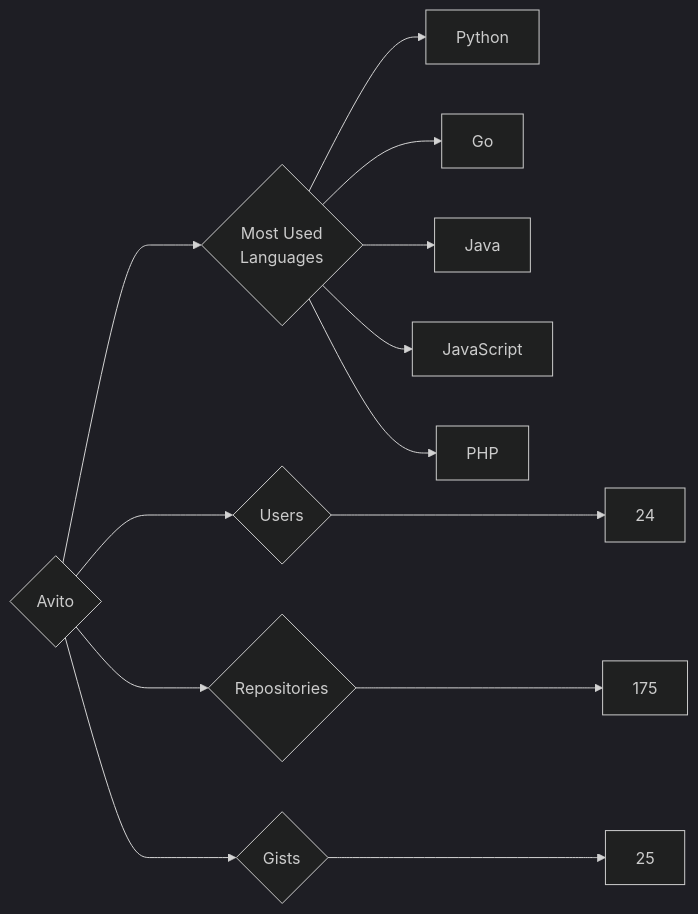
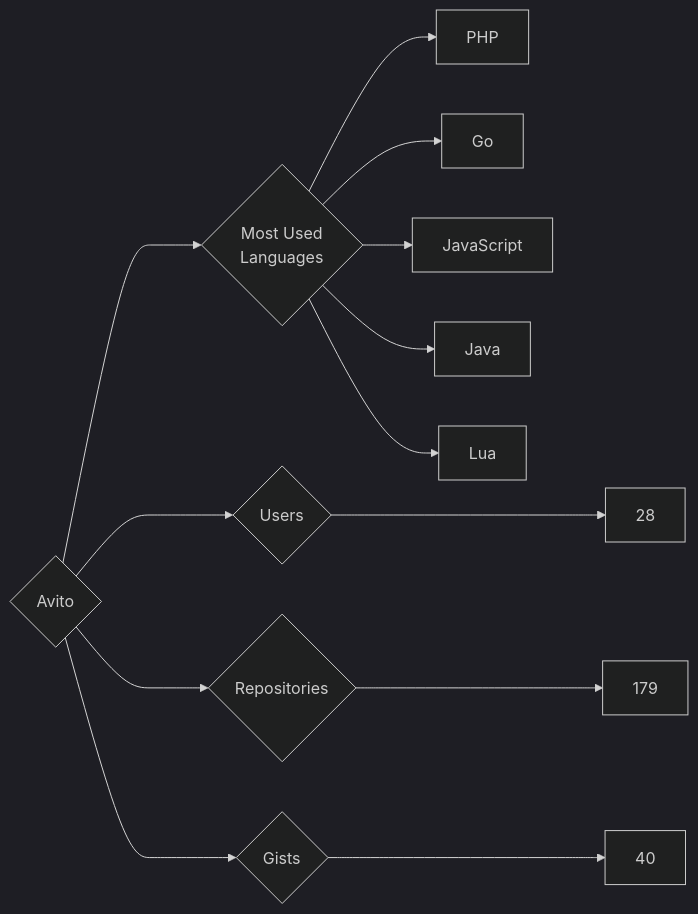
One commit to trickest/insiders changed the diagram in targets/Avito/README.md. Above: the diagram before and after it, drawn with Mermaid (dark theme). The commit also changed 874 other files, not shown here.

````diff
--- a/targets/Avito/README.md
+++ b/targets/Avito/README.md
@@ -3,13 +3,13 @@
 ```mermaid
 graph LR
 COMPANY_NAME{Avito}
-COMPANY_NAME ---> U{Users} ---> UN[24]
-COMPANY_NAME ---> R{Repositories} ---> RN[175]
-COMPANY_NAME ---> G{Gists} ---> GN[25]
+COMPANY_NAME ---> U{Users} ---> UN[28]
+COMPANY_NAME ---> R{Repositories} ---> RN[179]
+COMPANY_NAME ---> G{Gists} ---> GN[40]
 COMPANY_NAME ---> ML{Most Used<br>Languages}
-ML --> Python[Python]
+ML --> PHP[PHP]
 ML --> Go[Go]
+ML --> JavaScript[JavaScript]
 ML --> Java[Java]
-ML --> JavaScript[JavaScript]
-ML --> PHP[PHP]
+ML --> Lua[Lua]
 ```
````
